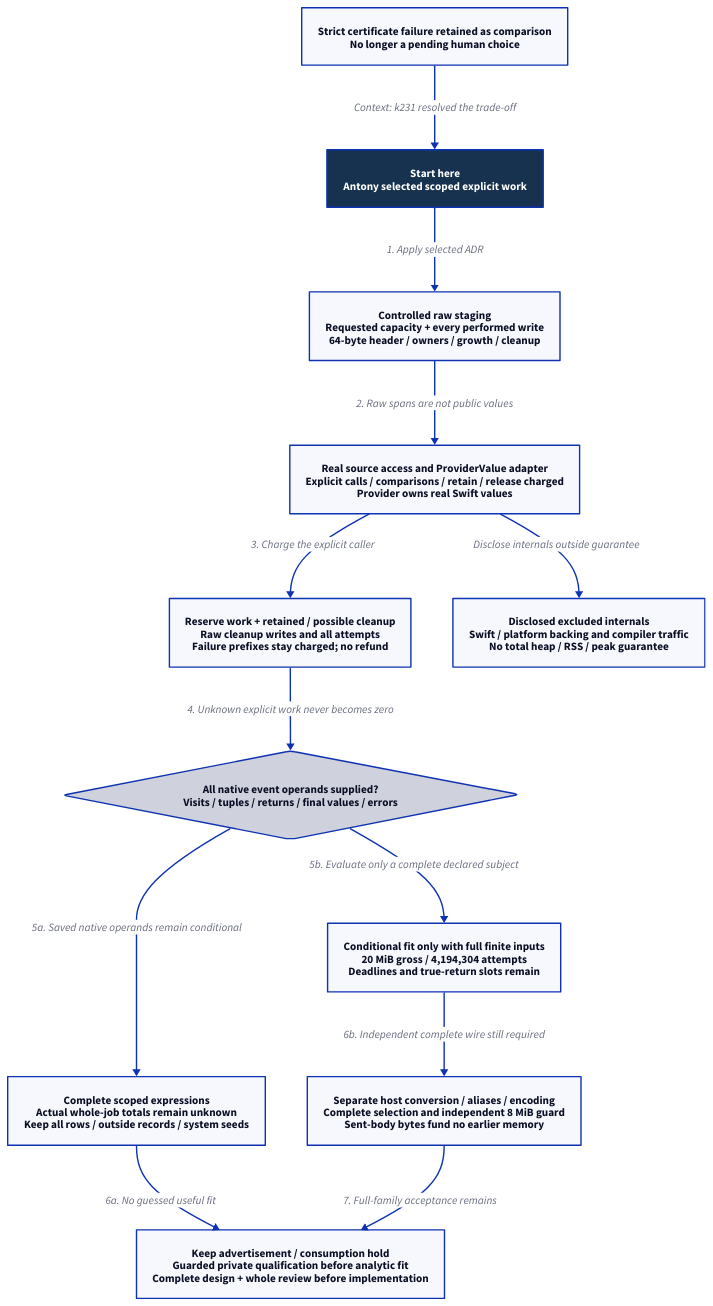
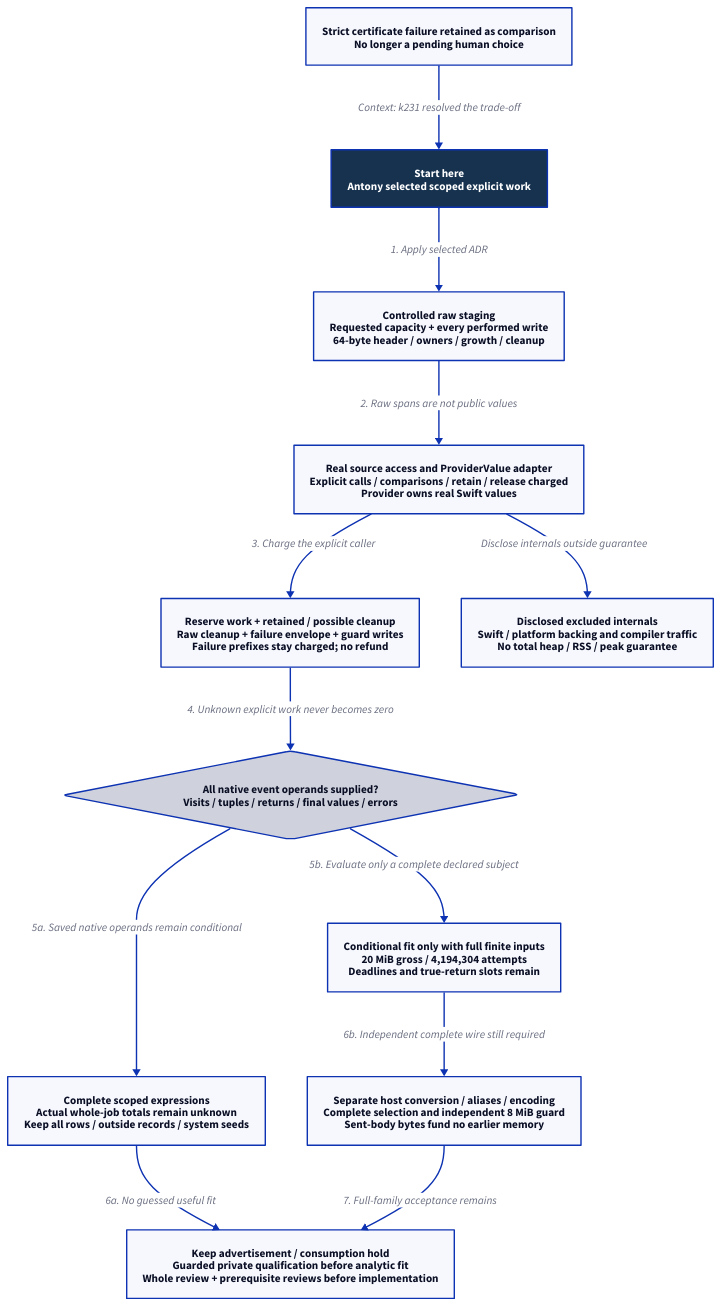
The diagram in docs/design/architecture/native-metadata-runtime-admission.d2 (Linkuistics/Koine), drawn with D2 before and after one commit. The commit also changed 61 other files, not shown here.

Commit message:
Complete guarded private application qualification design (application-metadata-qualification-boundary-k236; application-localized-metadata-k215)

```diff
--- a/docs/design/architecture/native-metadata-runtime-admission.d2
+++ b/docs/design/architecture/native-metadata-runtime-admission.d2
@@ -1,27 +1,27 @@
 direction: down
 start: "Start here\nAntony selected scoped explicit work" {
  style.fill: "#16324f"
  style.font-color: white
  style.bold: true
 }
 raw: "Controlled raw staging\nRequested capacity + every performed write\n64-byte header / owners / growth / cleanup"
 calls: "Real source access and ProviderValue adapter\nExplicit calls / comparisons / retain / release charged\nProvider owns real Swift values"
-reserve: "Reserve work + retained / possible cleanup\nRaw cleanup writes and all attempts\nFailure prefixes stay charged; no refund"
+reserve: "Reserve work + retained / possible cleanup\nRaw cleanup + failure envelope + guard writes\nFailure prefixes stay charged; no refund"
 exclude: "Disclosed excluded internals\nSwift / platform backing and compiler traffic\nNo total heap / RSS / peak guarantee"
 inputs: "All native event operands supplied?\nVisits / tuples / returns / final values / errors" { shape: diamond }
 conditional: "Complete scoped expressions\nActual whole-job totals remain unknown\nKeep all rows / outside records / system seeds"
 fit: "Conditional fit only with full finite inputs\n20 MiB gross / 4,194,304 attempts\nDeadlines and true-return slots remain"
 host: "Separate host conversion / aliases / encoding\nComplete selection and independent 8 MiB guard\nSent-body bytes fund no earlier memory"
-hold: "Keep advertisement / consumption hold\nGuarded private qualification before analytic fit\nComplete design + whole review before implementation"
+hold: "Keep advertisement / consumption hold\nGuarded private qualification before analytic fit\nWhole review + prerequisite reviews before implementation"
 comparison: "Strict certificate failure retained as comparison\nNo longer a pending human choice"
 start -> raw: "1. Apply selected ADR"
 raw -> calls: "2. Raw spans are not public values"
 calls -> reserve: "3. Charge the explicit caller"
 calls -> exclude: "Disclose internals outside guarantee"
 reserve -> inputs: "4. Unknown explicit work never becomes zero"
 inputs -> conditional: "5a. Saved native operands remain conditional"
 inputs -> fit: "5b. Evaluate only a complete declared subject"
 conditional -> hold: "6a. No guessed useful fit"
 fit -> host: "6b. Independent complete wire still required"
 host -> hold: "7. Full-family acceptance remains"
 comparison -> start: "Context: k231 resolved the trade-off"
```
